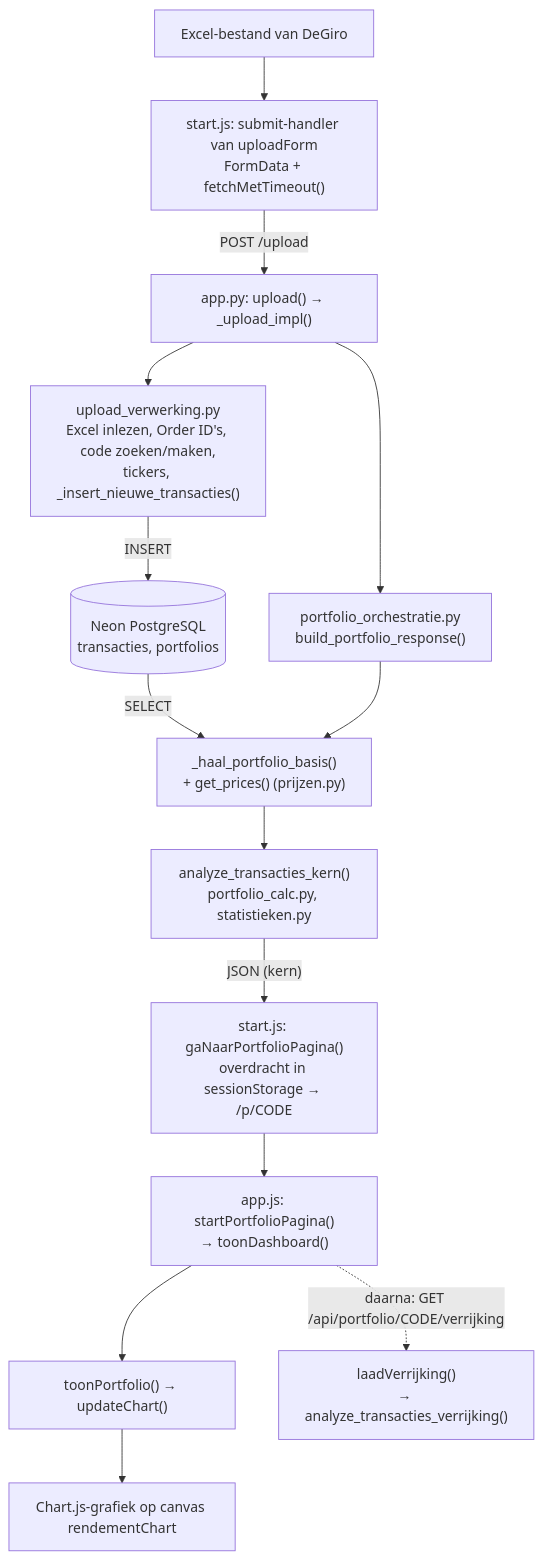
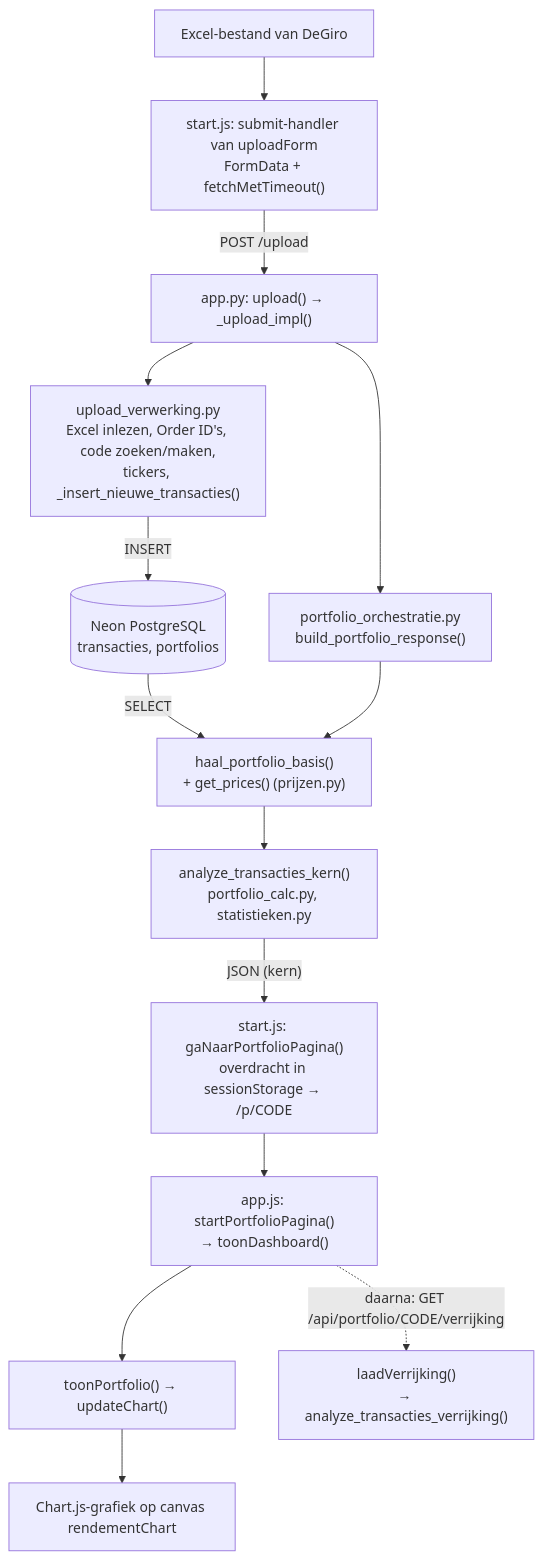
Before and after one commit to lobkest/portfolioTracker: the second of 2 diagrams in docs/CODE_OVERZICHT.md, drawn with Mermaid. The commit also changed other lines of this file and 25 other files, not shown here.

````diff
--- a/docs/CODE_OVERZICHT.md
+++ b/docs/CODE_OVERZICHT.md
@@ -1875,16 +1884,16 @@
 ```mermaid
 flowchart TD
     XL["Excel-bestand van DeGiro"] --> FORM["start.js: submit-handler van uploadForm<br/>FormData + fetchMetTimeout()"]
     FORM -- "POST /upload" --> UP["app.py: upload() → _upload_impl()"]
     UP --> UV["upload_verwerking.py<br/>Excel inlezen, Order ID's, code zoeken/maken,<br/>tickers, _insert_nieuwe_transacties()"]
     UV -- "INSERT" --> DB[("Neon PostgreSQL<br/>transacties, portfolios")]
     UP --> BPR["portfolio_orchestratie.py<br/>build_portfolio_response()"]
-    DB -- "SELECT" --> BASIS["_haal_portfolio_basis()<br/>+ get_prices() (prijzen.py)"]
+    DB -- "SELECT" --> BASIS["haal_portfolio_basis()<br/>+ get_prices() (prijzen.py)"]
     BPR --> BASIS
     BASIS --> KERN["analyze_transacties_kern()<br/>portfolio_calc.py, statistieken.py"]
     KERN -- "JSON (kern)" --> OVD["start.js: gaNaarPortfolioPagina()<br/>overdracht in sessionStorage → /p/CODE"]
     OVD --> TD["app.js: startPortfolioPagina()<br/>→ toonDashboard()"]
     TD --> TP["toonPortfolio() → updateChart()"]
     TP --> CH["Chart.js-grafiek op canvas rendementChart"]
     TD -. "daarna: GET /api/portfolio/CODE/verrijking" .-> VER["laadVerrijking()<br/>→ analyze_transacties_verrijking()"]
 ```
````
